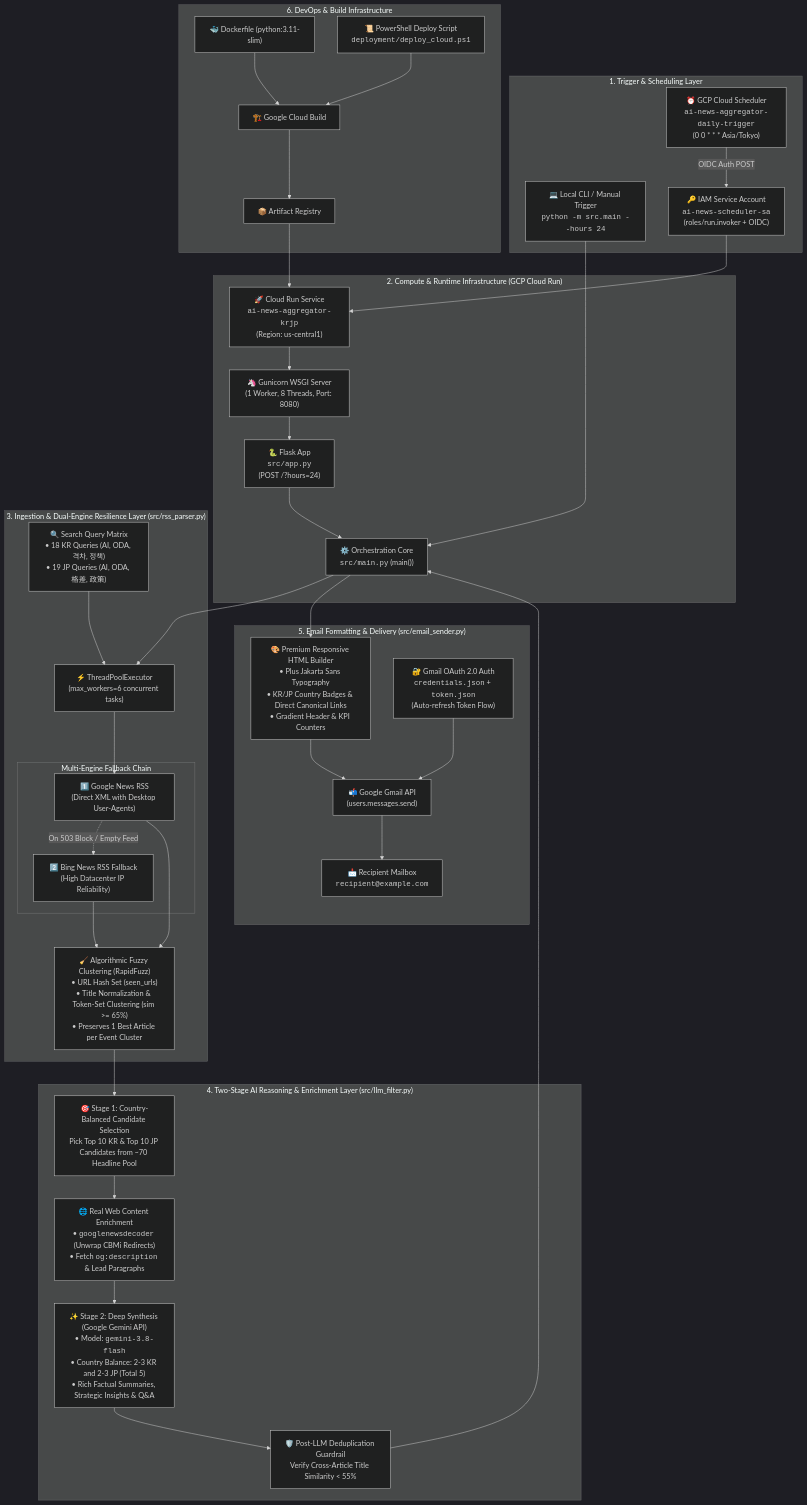
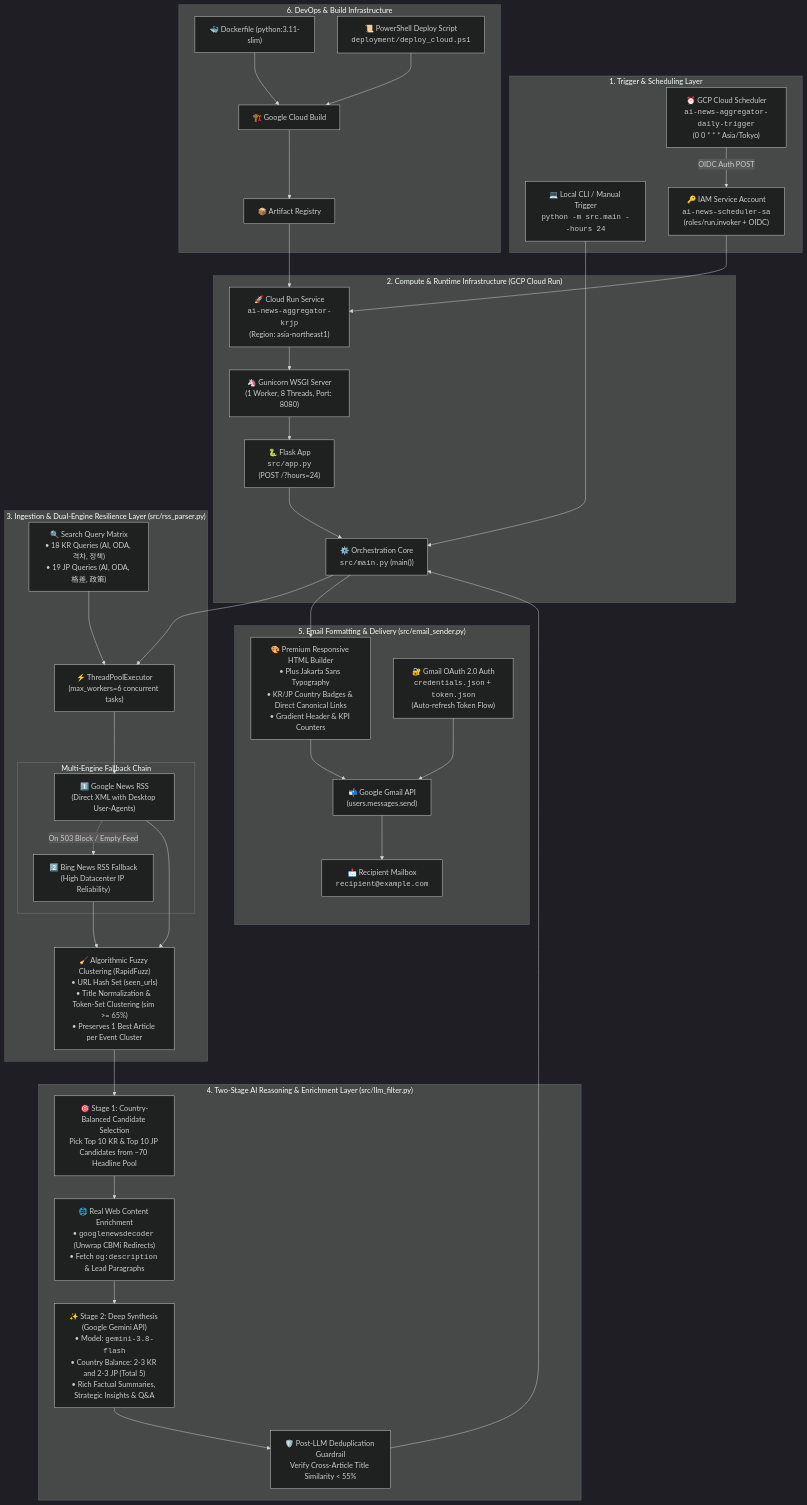
One commit to henryhyunwookim/AI-news-aggregator-KRJP changed the first of 3 diagrams in README.md. Above: the diagram before and after it, drawn with Mermaid (dark theme). The commit also changed other lines of this file and 3 other files, not shown here.

First line of the commit message:
chore(deployment): update GCP deployment region to asia-northeast1

```diff
--- a/README.md
+++ b/README.md
@@ -25,7 +25,7 @@
     %% Compute & Hosting Infrastructure
     %% -------------------------------------------------------------
     subgraph ComputeLayer ["2. Compute & Runtime Infrastructure (GCP Cloud Run)"]
-        CR["🚀 Cloud Run Service<br/><code>ai-news-aggregator-krjp</code><br/>(Region: us-central1)"]
+        CR["🚀 Cloud Run Service<br/><code>ai-news-aggregator-krjp</code><br/>(Region: asia-northeast1)"]
         GUNICORN["🦄 Gunicorn WSGI Server<br/>(1 Worker, 8 Threads, Port: 8080)"]
         FLASK["🐍 Flask App<br/><code>src/app.py</code><br/>(POST /?hours=24)"]
         MAIN["⚙️ Orchestration Core<br/><code>src/main.py</code> (main())"]
```
